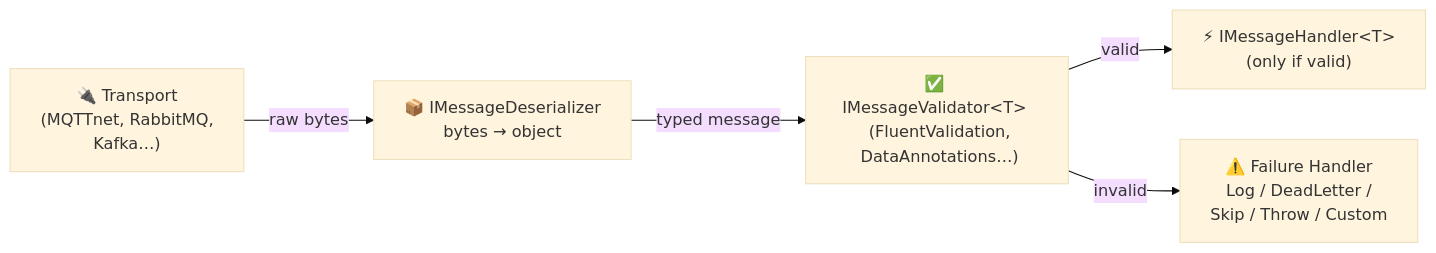
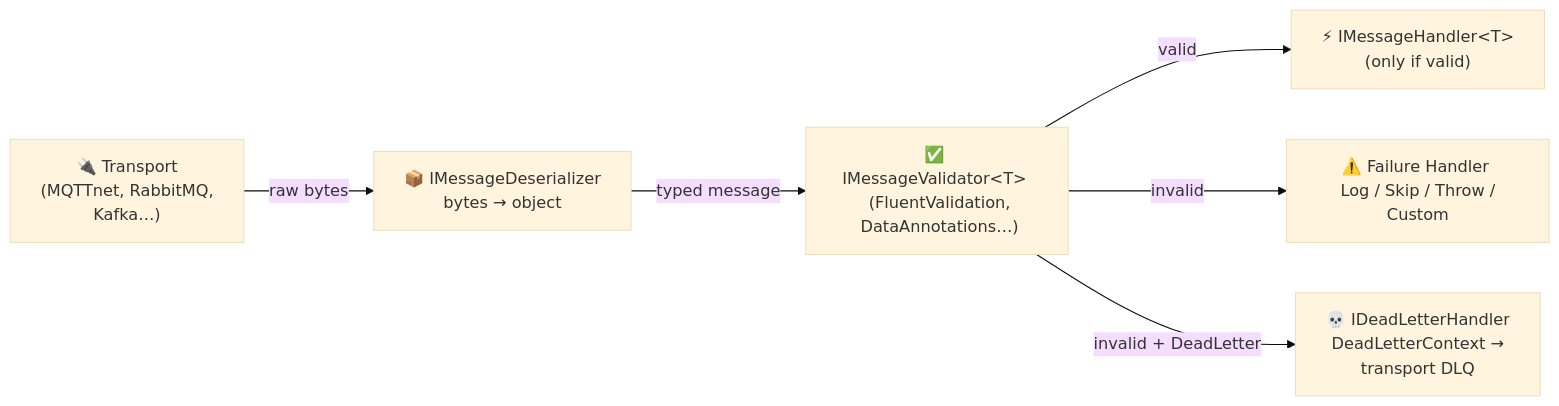
The diagram in README.md (Romain-OD/MessageValidation), drawn with Mermaid (base theme) before and after one commit. The commit also changed other lines of this file and 12 other files, not shown here.

Commit message:
feat: dead-letter queue implementation v0.3.0

````diff
--- a/README.md
+++ b/README.md
@@ -215,13 +252,15 @@
 ```mermaid
 flowchart LR
     Transport["🔌 Transport <br/> (MQTTnet, RabbitMQ,<br/> Kafka…)"]
     Deserializer["📦 IMessageDeserializer <br/> bytes → object"]
     Validator["✅ IMessageValidator&lt;T&gt; <br/> (FluentValidation,<br/> DataAnnotations…)"]
     Handler["⚡ IMessageHandler&lt;T&gt; <br/> (only if valid)"]
-    Failure["⚠️ Failure Handler <br/> Log / DeadLetter / <br/> Skip / Throw / Custom"]
+    Failure["⚠️ Failure Handler <br/> Log / Skip / Throw / Custom"]
+    DeadLetter["💀 IDeadLetterHandler <br/> DeadLetterContext → <br/> transport DLQ"]
 
     Transport -->|raw bytes| Deserializer
     Deserializer -->|typed message| Validator
     Validator -->|valid| Handler
     Validator -->|invalid| Failure
+    Validator -->|invalid + DeadLetter| DeadLetter
 ```
````
